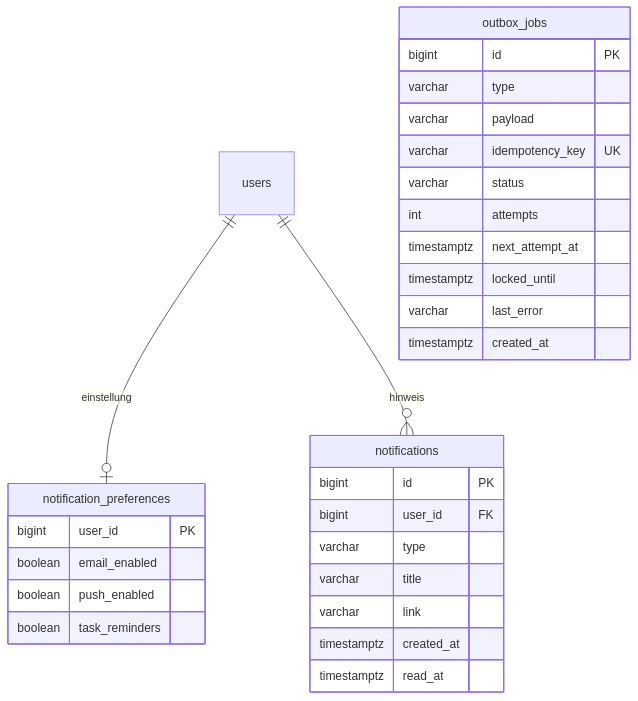
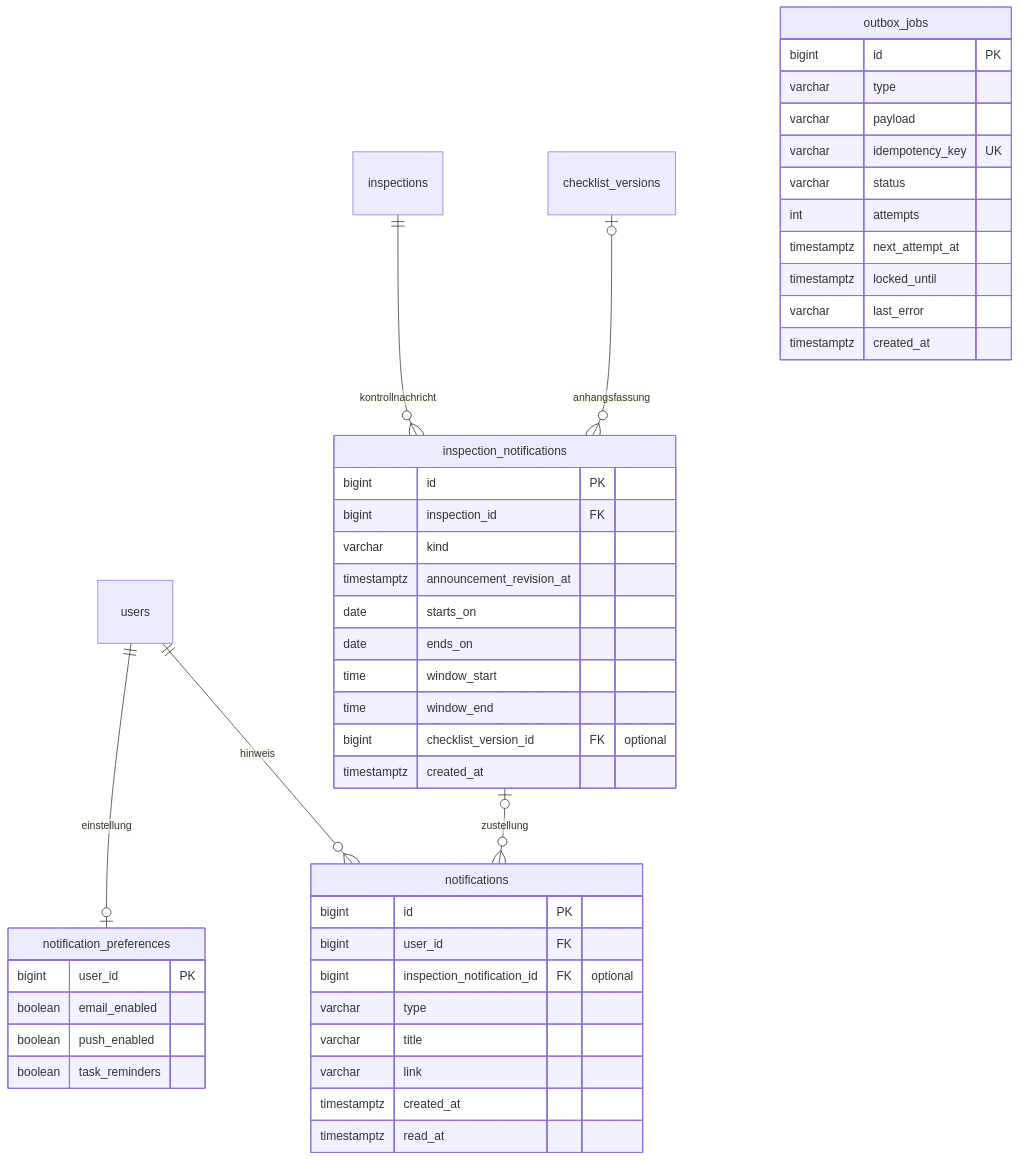
Before and after one commit to Sybit-Education/AUME2026: the ninth of 10 diagrams in docs/architektur/datenmodell.md, drawn with Mermaid. The commit also changed other lines of this file and 14 other files, not shown here.

````diff
--- a/docs/architektur/datenmodell.md
+++ b/docs/architektur/datenmodell.md
@@ -382,33 +382,49 @@
 ```mermaid
 erDiagram
     users ||--o| notification_preferences : einstellung
     users ||--o{ notifications : hinweis
+    inspections ||--o{ inspection_notifications : kontrollnachricht
+    checklist_versions o|--o{ inspection_notifications : anhangsfassung
+    inspection_notifications o|--o{ notifications : zustellung
 
     notification_preferences {
         bigint user_id PK
         boolean email_enabled
         boolean push_enabled
         boolean task_reminders
     }
     notifications {
         bigint id PK
         bigint user_id FK
+        bigint inspection_notification_id FK "optional"
         varchar type
         varchar title
         varchar link
         timestamptz created_at
         timestamptz read_at
+    }
+    inspection_notifications {
+        bigint id PK
+        bigint inspection_id FK
+        varchar kind
+        timestamptz announcement_revision_at
+        date starts_on
+        date ends_on
+        time window_start
+        time window_end
+        bigint checklist_version_id FK "optional"
+        timestamptz created_at
     }
     outbox_jobs {
         bigint id PK
         varchar type
         varchar payload
         varchar idempotency_key UK
         varchar status
         int attempts
         timestamptz next_attempt_at
         timestamptz locked_until
         varchar last_error
         timestamptz created_at
     }
 ```
````
